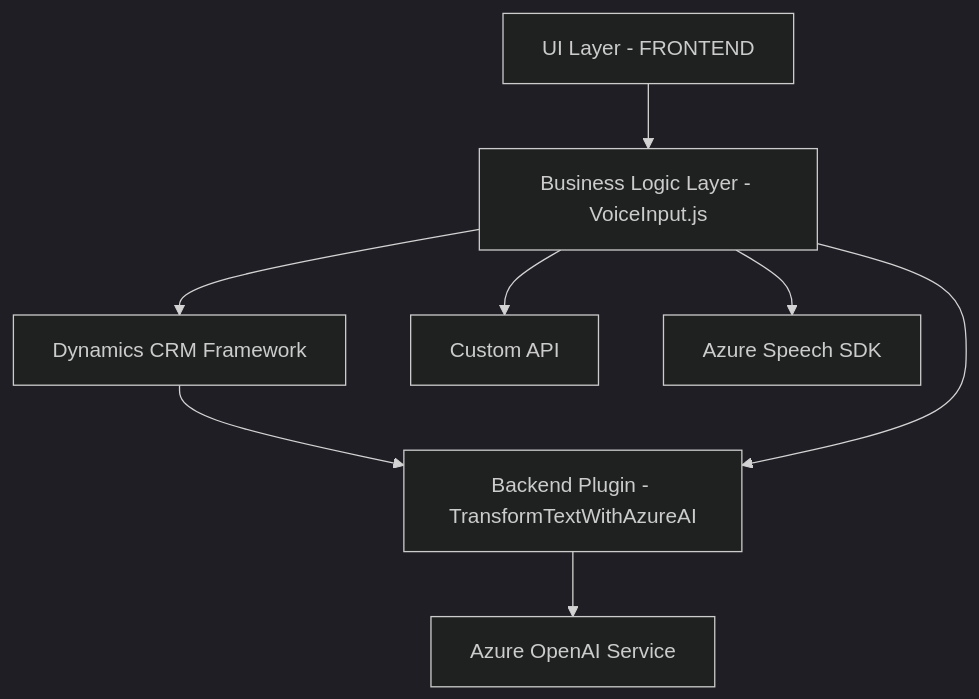
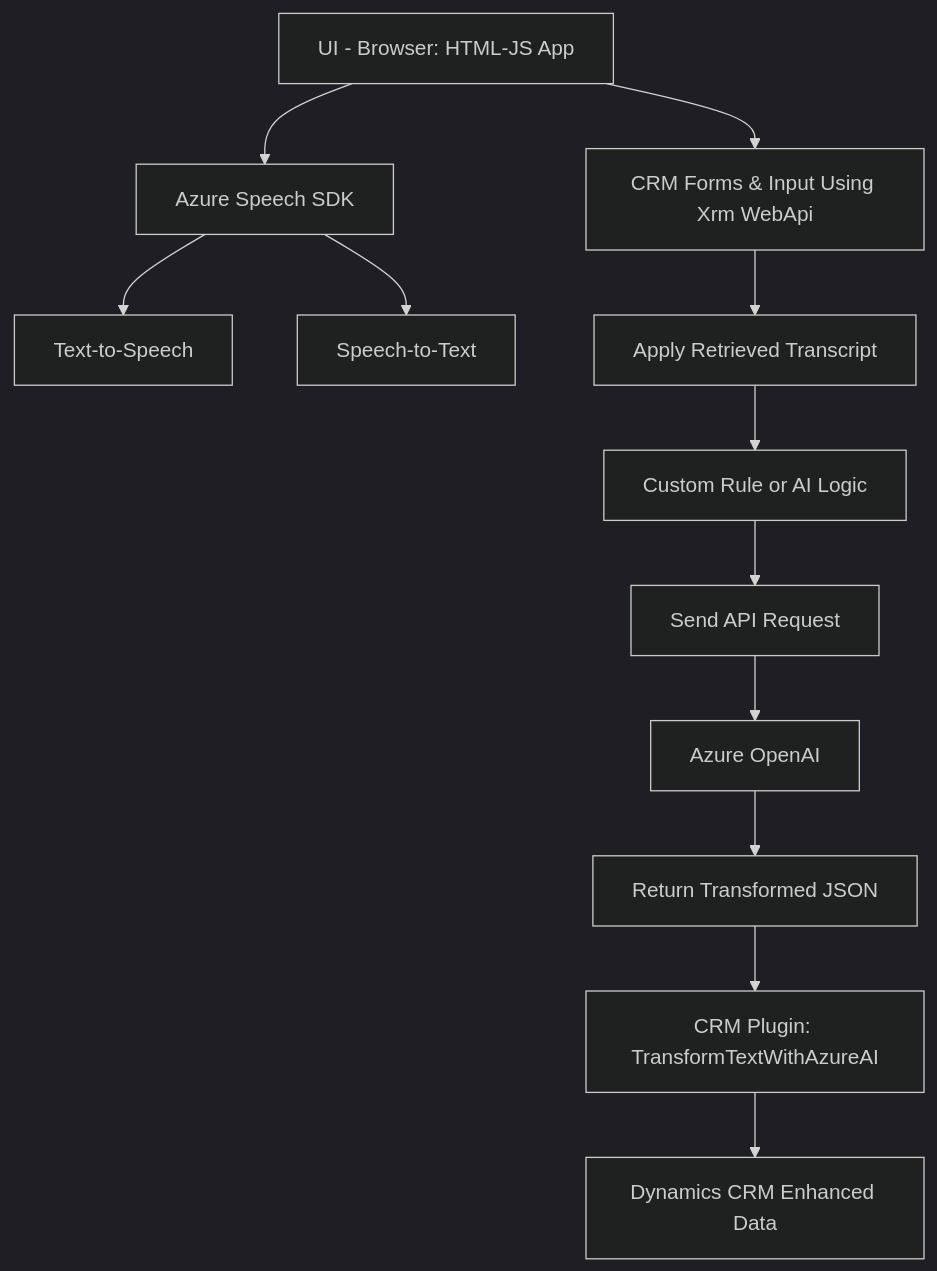
The diagram in README.md (blopezdm/NETCORE_BILBAO2025), drawn with Mermaid (dark theme) before and after one commit. The commit also changed other lines of this file, not shown here.

````diff
--- a/README.md
+++ b/README.md
@@ -45,18 +54,14 @@
 ```mermaid
 graph TD
-    A["UI Layer - FRONTEND"]
-    B["Business Logic Layer - VoiceInput.js"]
-    C["Dynamics CRM Framework"]
-    D["Custom API"]
-    E["Azure Speech SDK"]
-    F["Backend Plugin - TransformTextWithAzureAI"]
-    G["Azure OpenAI Service"]
-    
-    A --> B
-    B --> C
-    B --> E
-    B --> D
-    C --> F
-    F --> G
-    B --> F
+    A["UI - Browser: HTML-JS App"] --> B["Azure Speech SDK"]
+    B --> C["Text-to-Speech"]
+    B --> D["Speech-to-Text"]
+    A --> E["CRM Forms & Input Using Xrm WebApi"]
+    E --> F["Apply Retrieved Transcript"]
+    F --> G["Custom Rule or AI Logic"]
+    G --> H["Send API Request"]
+    H --> I["Azure OpenAI"]
+    I --> J["Return Transformed JSON"]
+    J --> K["CRM Plugin: TransformTextWithAzureAI"]
+    K --> L["Dynamics CRM Enhanced Data"]
 ```
````
